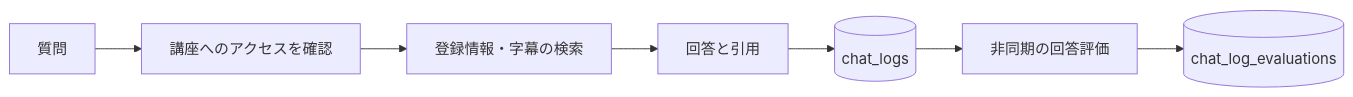
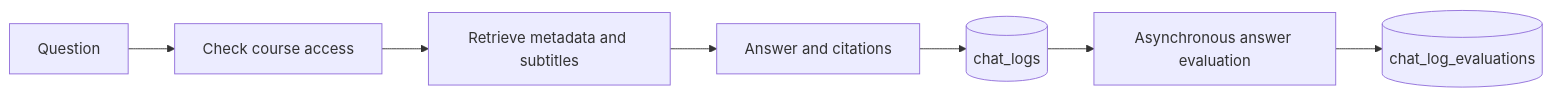
One commit to yukiharada1228/videoq changed the second of 2 diagrams in docs/database/data-flow-diagram.md. Above: the diagram before and after it, drawn with Mermaid. The commit also changed other lines of this file and 79 other files, not shown here.

````diff
--- a/docs/database/data-flow-diagram.md
+++ b/docs/database/data-flow-diagram.md
@@ -29,9 +29,9 @@
 ```mermaid
 flowchart LR
-    Question[質問] --> Access[講座へのアクセスを確認]
-    Access --> Context[登録情報・字幕の検索]
-    Context --> Answer[回答と引用]
+    Question[Question] --> Access[Check course access]
+    Access --> Context[Retrieve metadata and subtitles]
+    Context --> Answer[Answer and citations]
     Answer --> Logs[(chat_logs)]
-    Logs --> Evaluation[非同期の回答評価]
+    Logs --> Evaluation[Asynchronous answer evaluation]
     Evaluation --> Scores[(chat_log_evaluations)]
 ```
````
